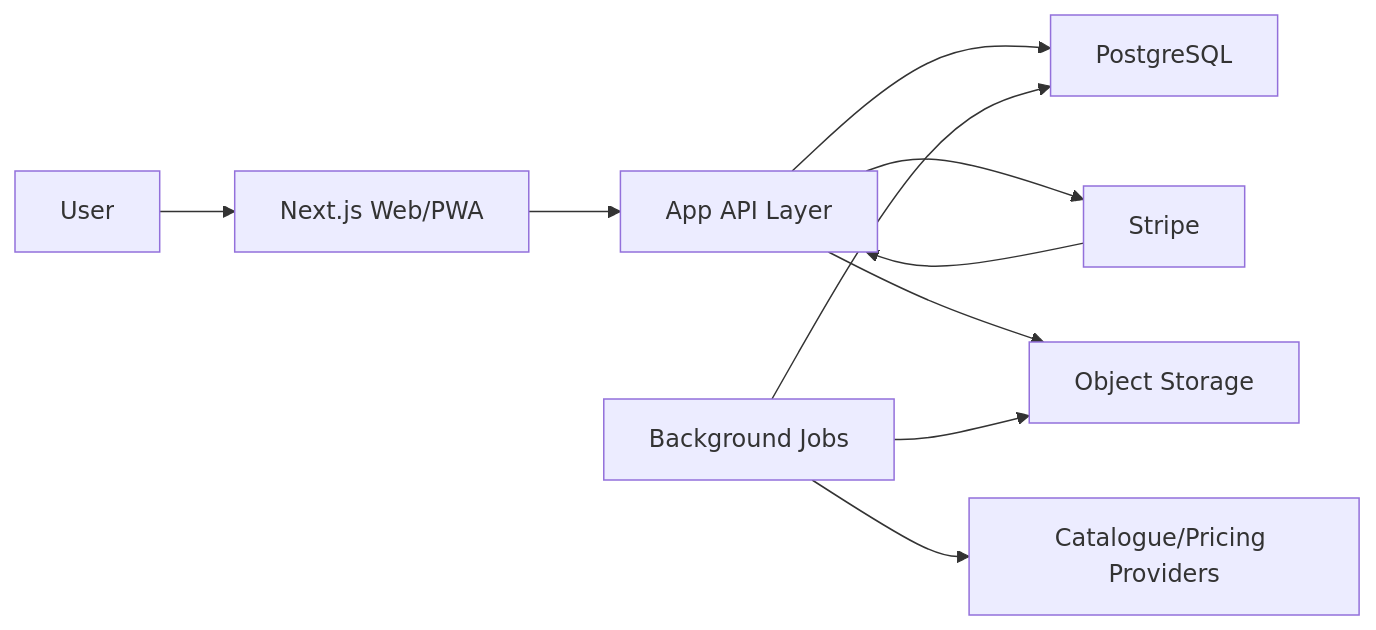
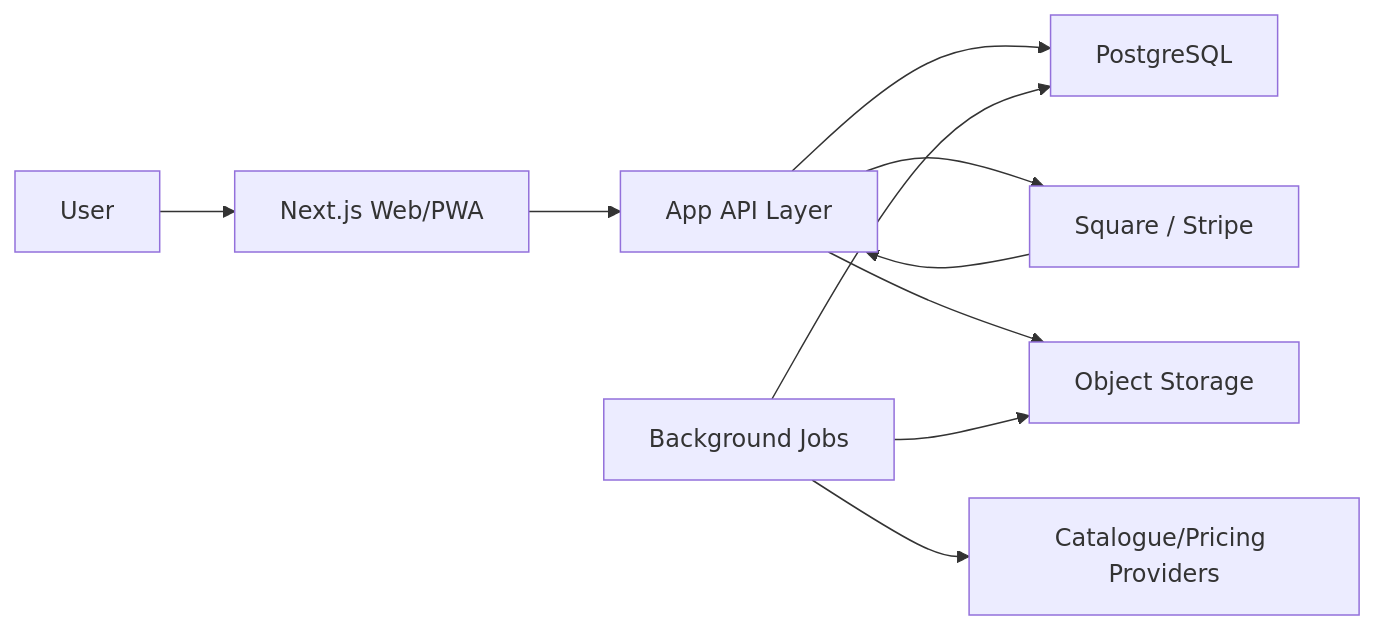
Before and after one commit to refreshingmedialtd/mintbinder: the diagram in ARCHITECTURE.md, drawn with Mermaid. The commit also changed other lines of this file and 21 other files, not shown here.

Commit message:
Prepare billing for Square subscriptions

````diff
--- a/ARCHITECTURE.md
+++ b/ARCHITECTURE.md
@@ -41,21 +41,21 @@
 ```mermaid
 flowchart LR
     User["User"]
     Web["Next.js Web/PWA"]
     API["App API Layer"]
     DB["PostgreSQL"]
     Jobs["Background Jobs"]
-    Stripe["Stripe"]
+    Billing["Square / Stripe"]
     Providers["Catalogue/Pricing Providers"]
     Storage["Object Storage"]
 
     User --> Web
     Web --> API
     API --> DB
-    API --> Stripe
+    API --> Billing
     API --> Storage
-    Stripe --> API
+    Billing --> API
     Jobs --> DB
     Jobs --> Providers
     Jobs --> Storage
 ```
````
